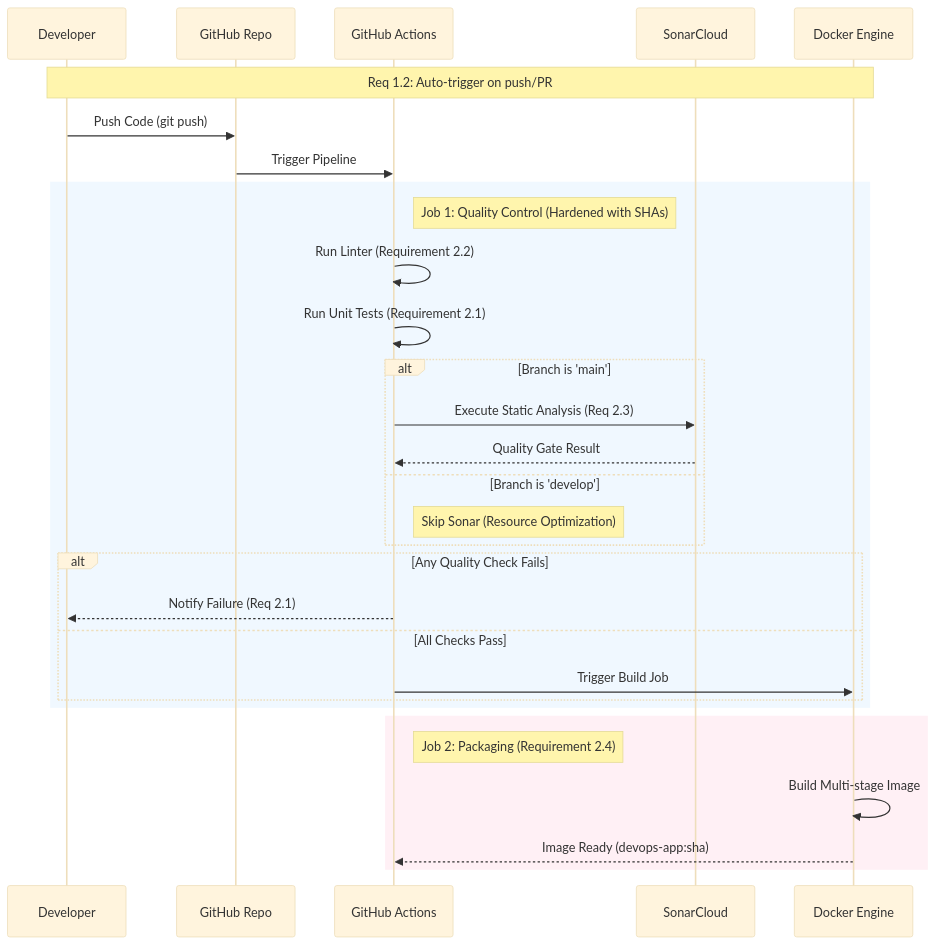
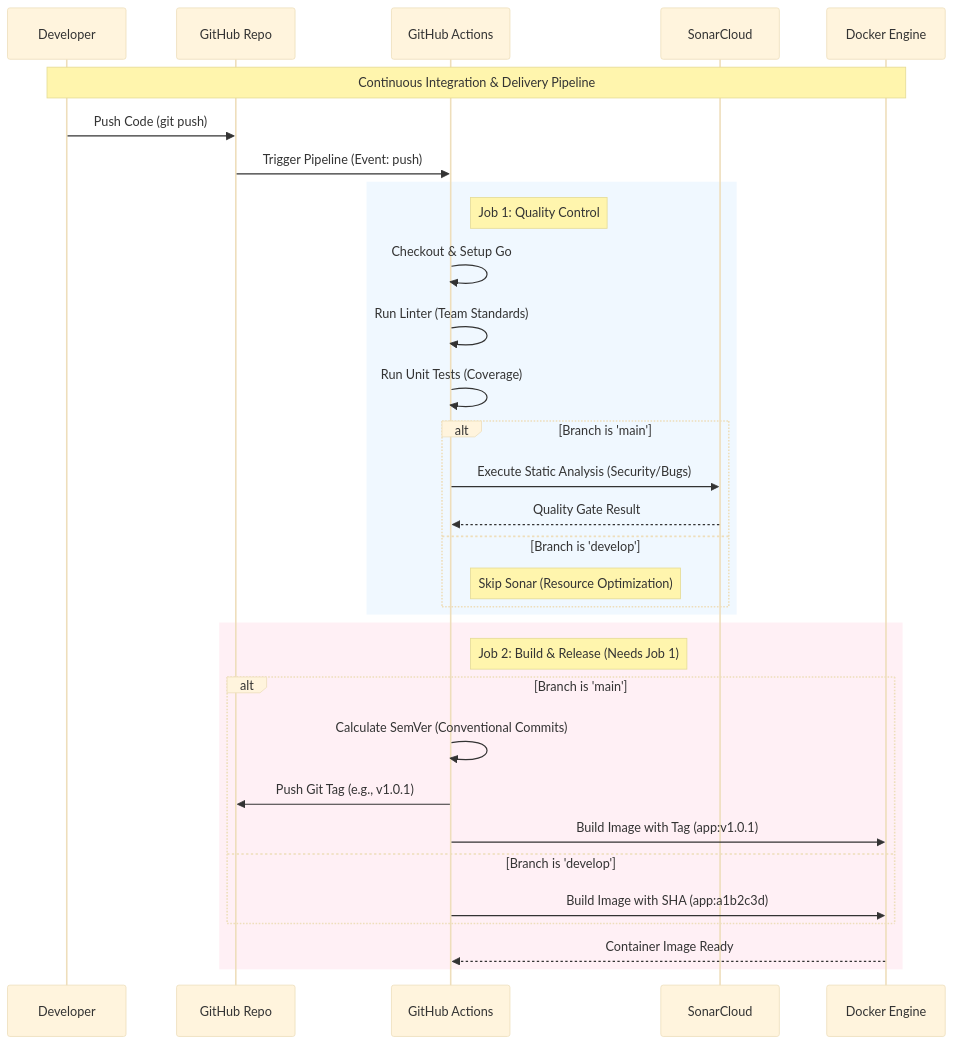
Before and after one commit to stef108/CIN: the diagram in README.md, drawn with Mermaid (base theme). The commit also changed other lines of this file, not shown here.

Commit message:
updated readme with the tagging

````diff
--- a/README.md
+++ b/README.md
@@ -4,38 +4,43 @@
 ```mermaid
 sequenceDiagram
     participant Dev as Developer
     participant GH as GitHub Repo
     participant GA as GitHub Actions
     participant Sonar as SonarCloud
     participant Docker as Docker Engine
 
-    Note over Dev, Docker: Req 1.2: Auto-trigger on push/PR
+    Note over Dev, Docker: Continuous Integration & Delivery Pipeline
 
     Dev->>GH: Push Code (git push)
-    GH->>GA: Trigger Pipeline
+    GH->>GA: Trigger Pipeline (Event: push)
 
+    %% Job 1: Quality Control
     rect rgb(240, 248, 255)
-        Note right of GA: Job 1: Quality Control (Hardened with SHAs)
-        GA->>GA: Run Linter (Requirement 2.2)
-        GA->>GA: Run Unit Tests (Requirement 2.1)
-        
+        Note right of GA: Job 1: Quality Control
+        GA->>GA: Checkout & Setup Go
+        GA->>GA: Run Linter (Team Standards)
+        GA->>GA: Run Unit Tests (Coverage)
+
         alt Branch is 'main'
-            GA->>Sonar: Execute Static Analysis (Req 2.3)
+            GA->>Sonar: Execute Static Analysis (Security/Bugs)
             Sonar-->>GA: Quality Gate Result
         else Branch is 'develop'
             Note right of GA: Skip Sonar (Resource Optimization)
         end
-
-        alt Any Quality Check Fails
-            GA-->>Dev: Notify Failure (Req 2.1)
-        else All Checks Pass
-            GA->>Docker: Trigger Build Job
-        end
     end
 
+    %% Job 2: Build & Release
     rect rgb(255, 240, 245)
-        Note right of GA: Job 2: Packaging (Requirement 2.4)
-        Docker->>Docker: Build Multi-stage Image
-        Docker-->>GA: Image Ready (devops-app:sha)
+        Note right of GA: Job 2: Build & Release (Needs Job 1)
+        
+        alt Branch is 'main'
+            GA->>GA: Calculate SemVer (Conventional Commits)
+            GA->>GH: Push Git Tag (e.g., v1.0.1)
+            GA->>Docker: Build Image with Tag (app:v1.0.1)
+        else Branch is 'develop'
+            GA->>Docker: Build Image with SHA (app:a1b2c3d)
+        end
+        
+        Docker-->>GA: Container Image Ready
     end
 ```
````
